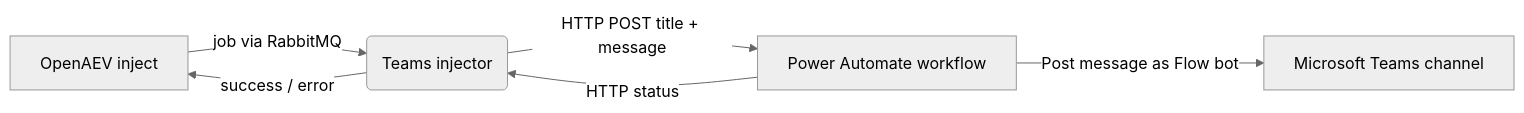
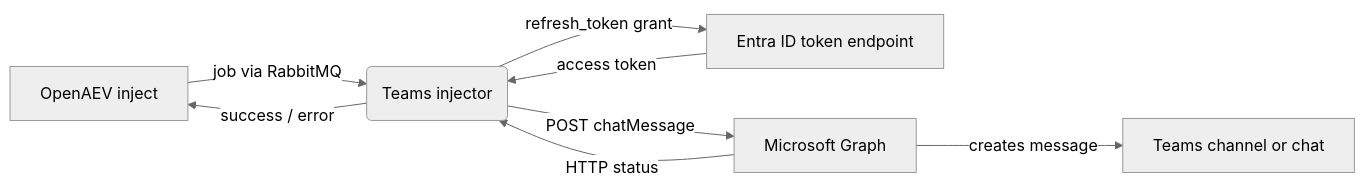
Before and after one commit to OpenAEV-Platform/injectors: the diagram in teams/README.md, drawn with Mermaid (neutral theme). The commit also changed other lines of this file and 21 other files, not shown here.

Commit message:
feat(teams): rework injector to use Microsoft Graph API with Adaptive Cards (#342) (#344)

````diff
--- a/teams/README.md
+++ b/teams/README.md
@@ -149,8 +274,10 @@
 ```mermaid
 flowchart LR
     O[OpenAEV inject] -->|job via RabbitMQ| I(Teams injector)
-    I -->|HTTP POST title + message| W[Power Automate workflow]
-    W -->|Post message as Flow bot| C[Microsoft Teams channel]
-    W -->|HTTP status| I
+    I -->|refresh_token grant| E[Entra ID token endpoint]
+    E -->|access token| I
+    I -->|POST chatMessage| G[Microsoft Graph]
+    G -->|creates message| C[Teams channel or chat]
+    G -->|HTTP status| I
     I -->|success / error| O
 ```
````
